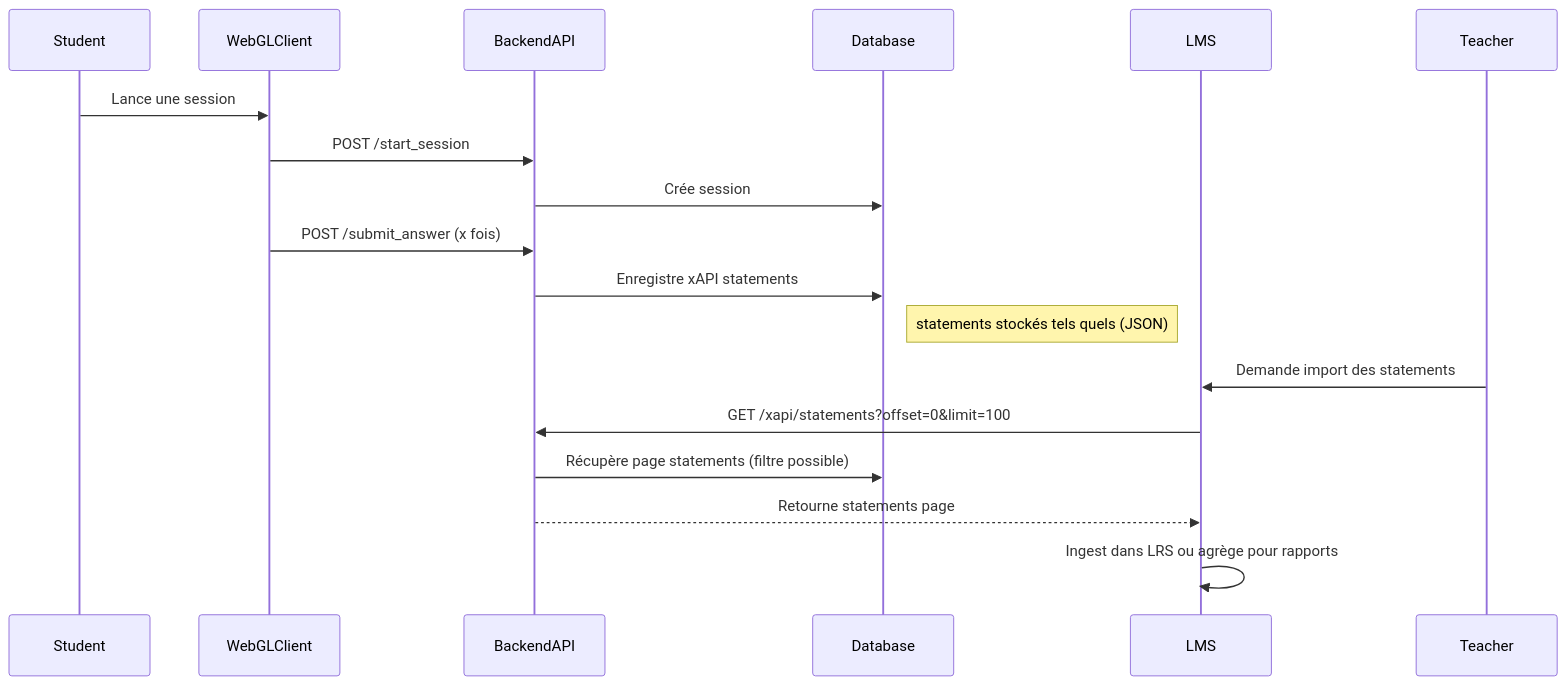
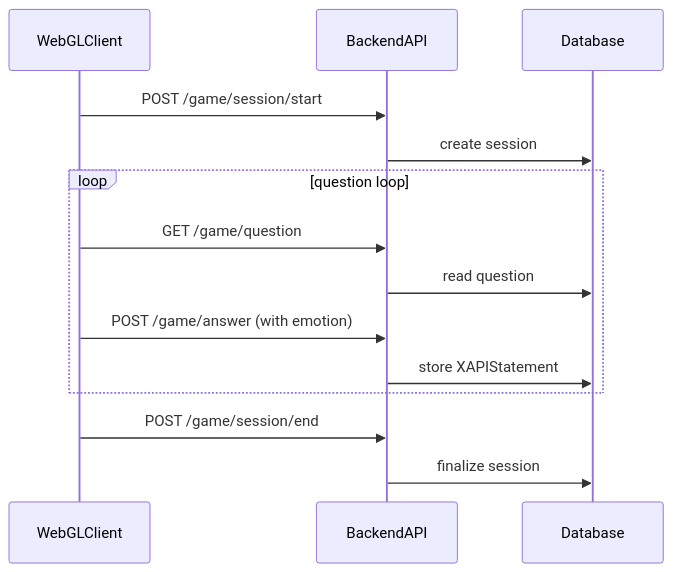
Before and after one commit to Purple003/Directeur-de-Jeu--beta-version: the second of 8 diagrams in README.md, drawn with Mermaid. The commit also changed other lines of this file, not shown here.

````diff
--- a/README.md
+++ b/README.md
@@ -190,21 +215,17 @@
 ```mermaid
-%% Diagramme de workflow d'intégration WebGL dans une plateforme LMS
 sequenceDiagram
-  participant Student as Student
-  participant WebGL as WebGLClient
+  participant Client as WebGLClient
   participant API as BackendAPI
   participant DB as Database
-  participant LMS as LMS
 
-  Student->>WebGL: Lance une session
-  WebGL->>API: POST /start_session
-  API->>DB: Crée session
-  WebGL->>API: POST /submit_answer (x fois)
-  API->>DB: Enregistre xAPI statements
-  Note right of DB: statements stockés tels quels (JSON)
-  Teacher->>LMS: Demande import des statements
-  LMS->>API: GET /xapi/statements?offset=0&limit=100
-  API->>DB: Récupère page statements (filtre possible)
-  API-->>LMS: Retourne statements page
-  LMS->>LMS: Ingest dans LRS ou agrège pour rapports
+  Client->>API: POST /game/session/start
+  API->>DB: create session
+  loop question loop
+    Client->>API: GET /game/question
+    API->>DB: read question
+    Client->>API: POST /game/answer (with emotion)
+    API->>DB: store XAPIStatement
+  end
+  Client->>API: POST /game/session/end
+  API->>DB: finalize session
 ```
````
